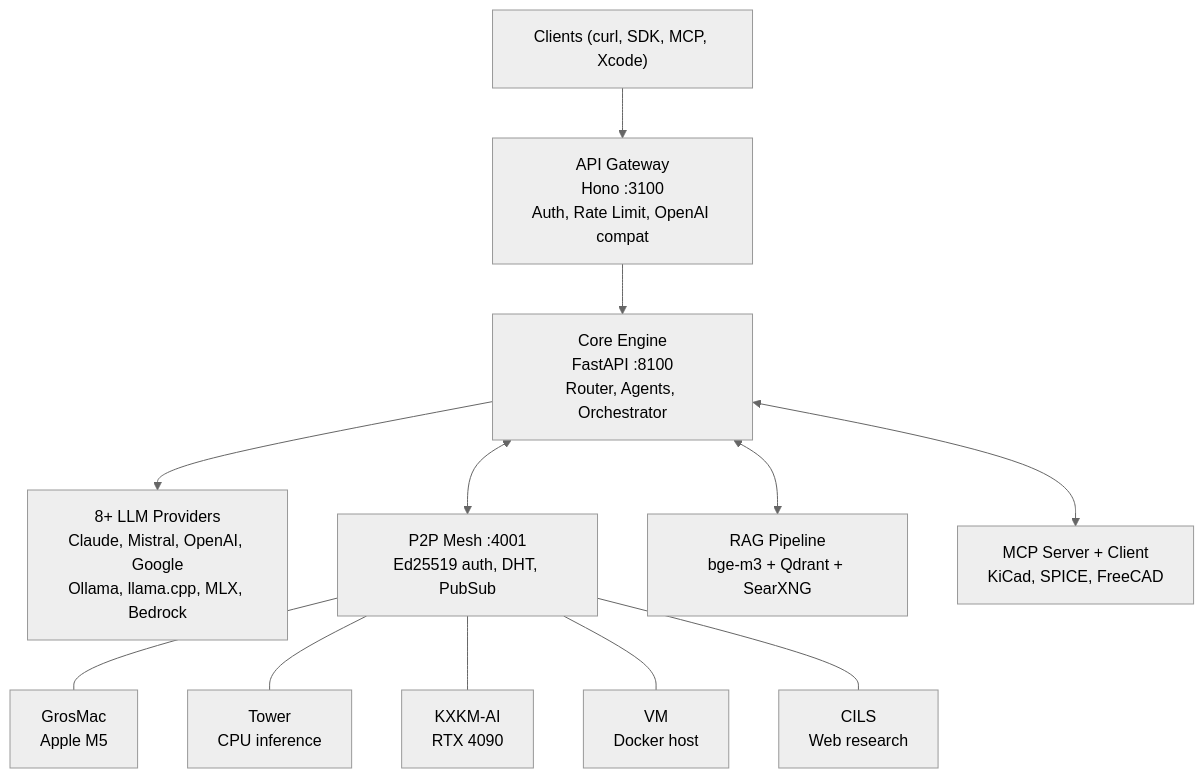
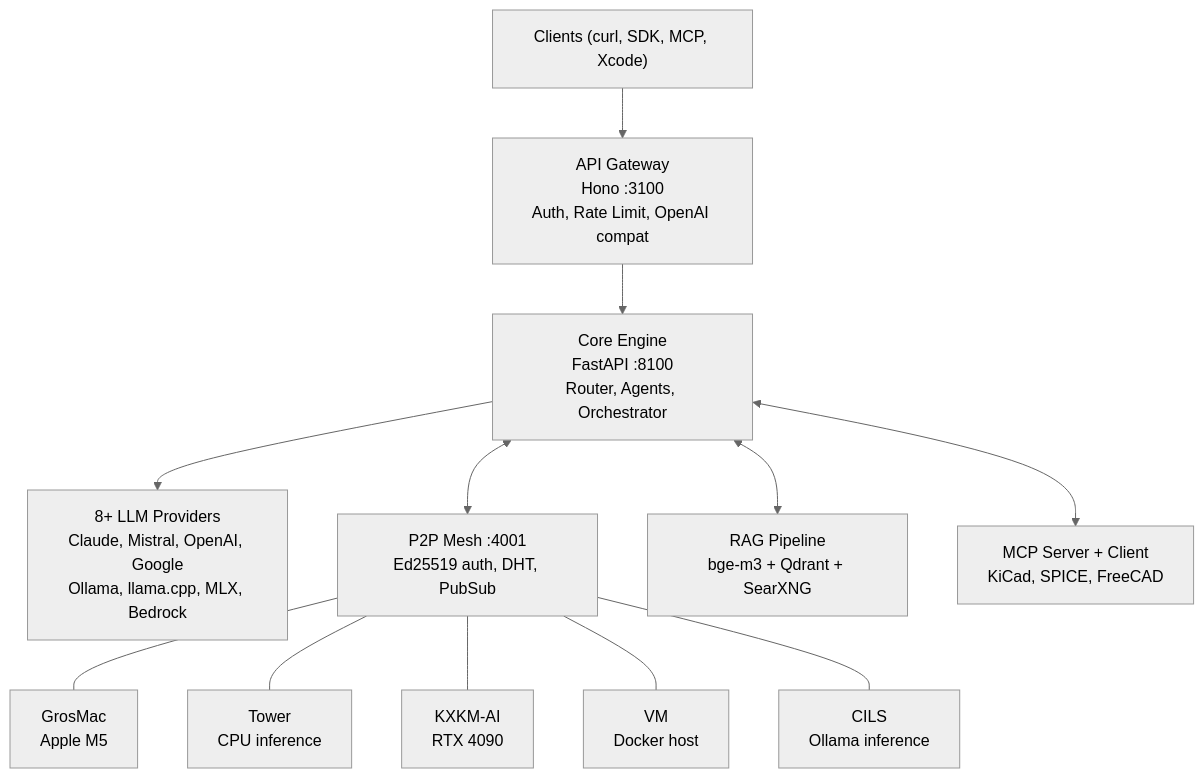
Before and after one commit to electron-rare/mascarade: the diagram in README.md, drawn with Mermaid (neutral theme). The commit also changed other lines of this file, not shown here.

Commit message:
Fix: CILS label, dataset count, commit badge, related projects

````diff
--- a/README.md
+++ b/README.md
@@ -18,14 +18,14 @@
 ```mermaid
 graph TD
     Client["Clients (curl, SDK, MCP, Xcode)"] --> API["API Gateway\nHono :3100\nAuth, Rate Limit, OpenAI compat"]
     API --> Core["Core Engine\nFastAPI :8100\nRouter, Agents, Orchestrator"]
     Core --> Providers["8+ LLM Providers\nClaude, Mistral, OpenAI, Google\nOllama, llama.cpp, MLX, Bedrock"]
     Core <--> P2P["P2P Mesh :4001\nEd25519 auth, DHT, PubSub"]
     P2P --- N1["GrosMac\nApple M5"]
     P2P --- N2["Tower\nCPU inference"]
     P2P --- N3["KXKM-AI\nRTX 4090"]
     P2P --- N4["VM\nDocker host"]
-    P2P --- N5["CILS\nWeb research"]
+    P2P --- N5["CILS\nOllama inference"]
     Core <--> RAG["RAG Pipeline\nbge-m3 + Qdrant + SearXNG"]
     Core <--> MCP["MCP Server + Client\nKiCad, SPICE, FreeCAD"]
 ```
````
